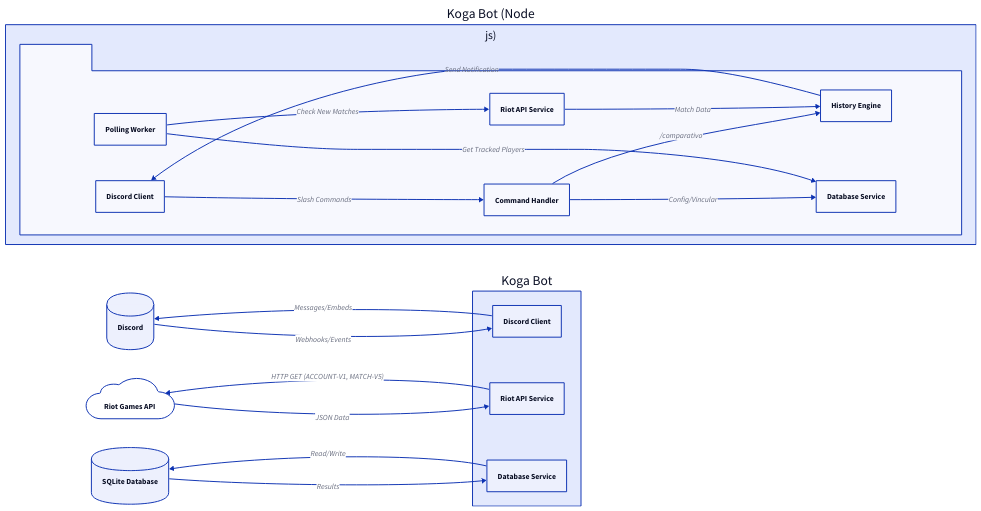
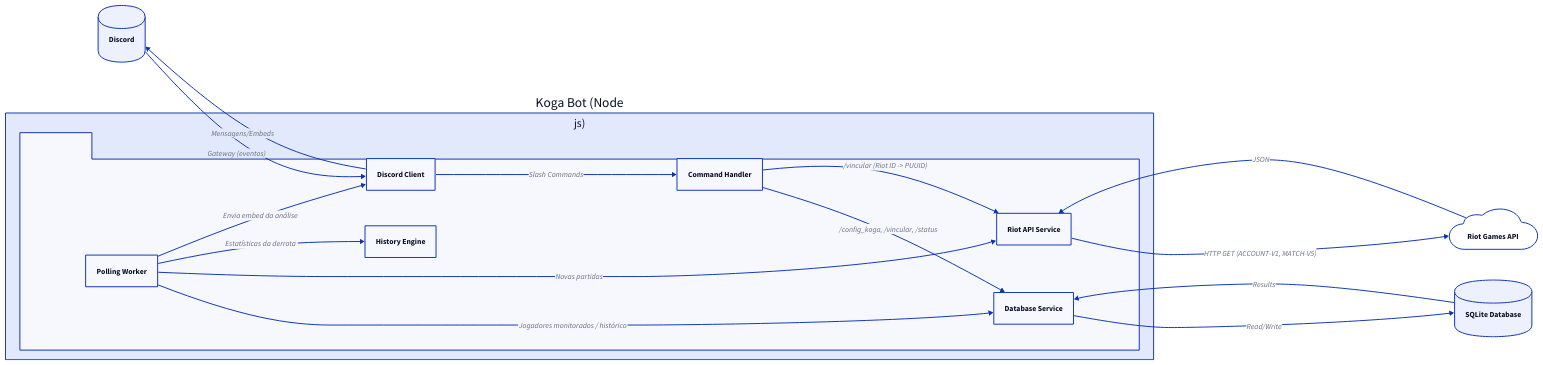
One commit to breno-hof/discord-bot-koga changed the diagram in docs/diagrams/architecture.d2. Above: the diagram before and after it, drawn with D2. The commit also changed 19 other files, not shown here.

```diff
--- a/docs/diagrams/architecture.d2
+++ b/docs/diagrams/architecture.d2
@@ -1,62 +1,59 @@
 direction: right
 
 Discord: {
   shape: cylinder
-
 }
 
 Riot Games API: {
   shape: cloud
-
 }
 
 Koga Bot (Node.js): {
   shape: package
-  
+
   Discord Client: {
     shape: rectangle
   }
-  
+
   Command Handler: {
     shape: rectangle
   }
-  
+
   Polling Worker: {
     shape: rectangle
   }
-  
+
   Riot API Service: {
     shape: rectangle
   }
-  
+
   History Engine: {
     shape: rectangle
   }
-  
+
   Database Service: {
     shape: rectangle
   }
-  
+
   Discord Client -> Command Handler: Slash Commands
-  Command Handler -> Database Service: Config/Vincular
-  Command Handler -> History Engine: /comparativo
-  
-  Polling Worker -> Database Service: Get Tracked Players
-  Polling Worker -> Riot API Service: Check New Matches
-  Riot API Service -> History Engine: Match Data
-  History Engine -> Discord Client: Send Notification
+  Command Handler -> Database Service: /config_koga, /vincular, /status
+  Command Handler -> Riot API Service: /vincular (Riot ID -> PUUID)
+
+  Polling Worker -> Database Service: Jogadores monitorados / histórico
+  Polling Worker -> Riot API Service: Novas partidas
+  Polling Worker -> History Engine: Estatísticas da derrota
+  Polling Worker -> Discord Client: Envia embed da análise
 }
 
 SQLite Database: {
   shape: cylinder
-
 }
 
-Discord -> Koga Bot.Discord Client: Webhooks/Events
-Koga Bot.Discord Client -> Discord: Messages/Embeds
+Discord -> Koga Bot (Node.js).Discord Client: Gateway (eventos)
+Koga Bot (Node.js).Discord Client -> Discord: Mensagens/Embeds
 
-Koga Bot.Riot API Service -> Riot Games API: HTTP GET (ACCOUNT-V1, MATCH-V5)
-Riot Games API -> Koga Bot.Riot API Service: JSON Data
+Koga Bot (Node.js).Riot API Service -> Riot Games API: HTTP GET (ACCOUNT-V1, MATCH-V5)
+Riot Games API -> Koga Bot (Node.js).Riot API Service: JSON
 
-Koga Bot.Database Service -> SQLite Database: Read/Write
-SQLite Database -> Koga Bot.Database Service: Results
+Koga Bot (Node.js).Database Service -> SQLite Database: Read/Write
+SQLite Database -> Koga Bot (Node.js).Database Service: Results
```
